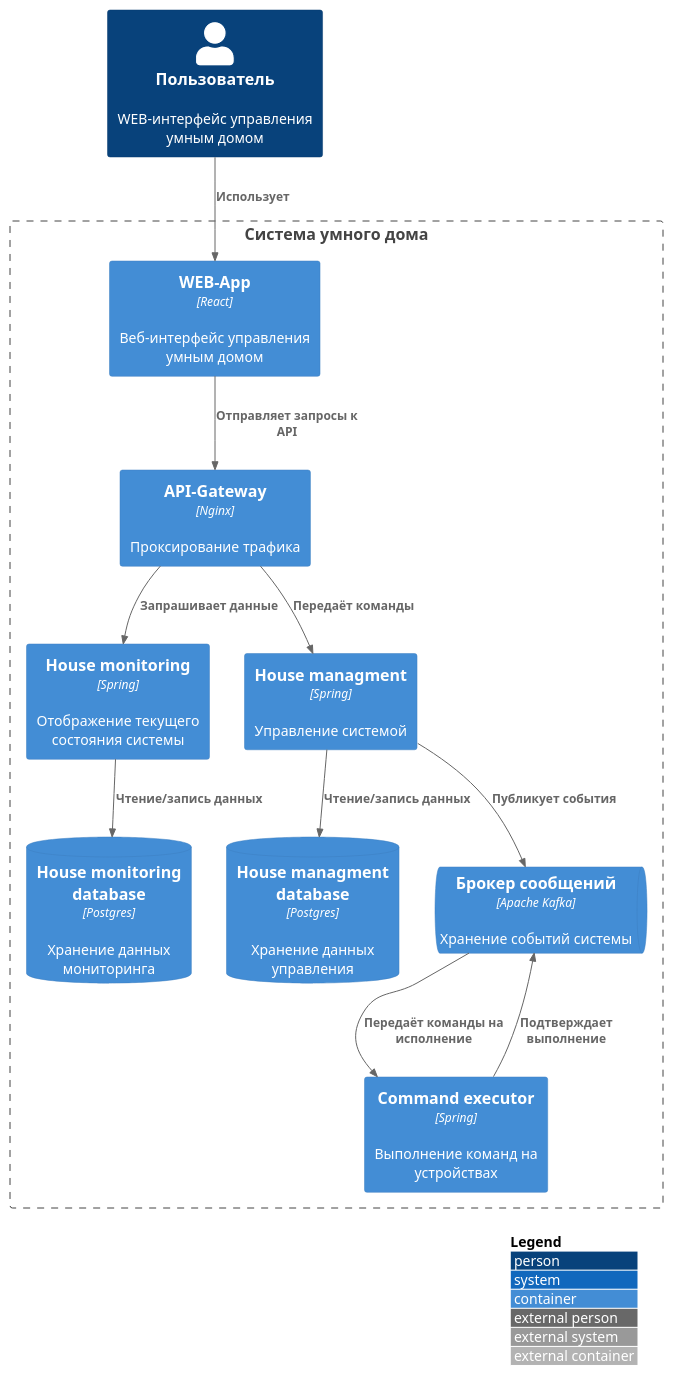
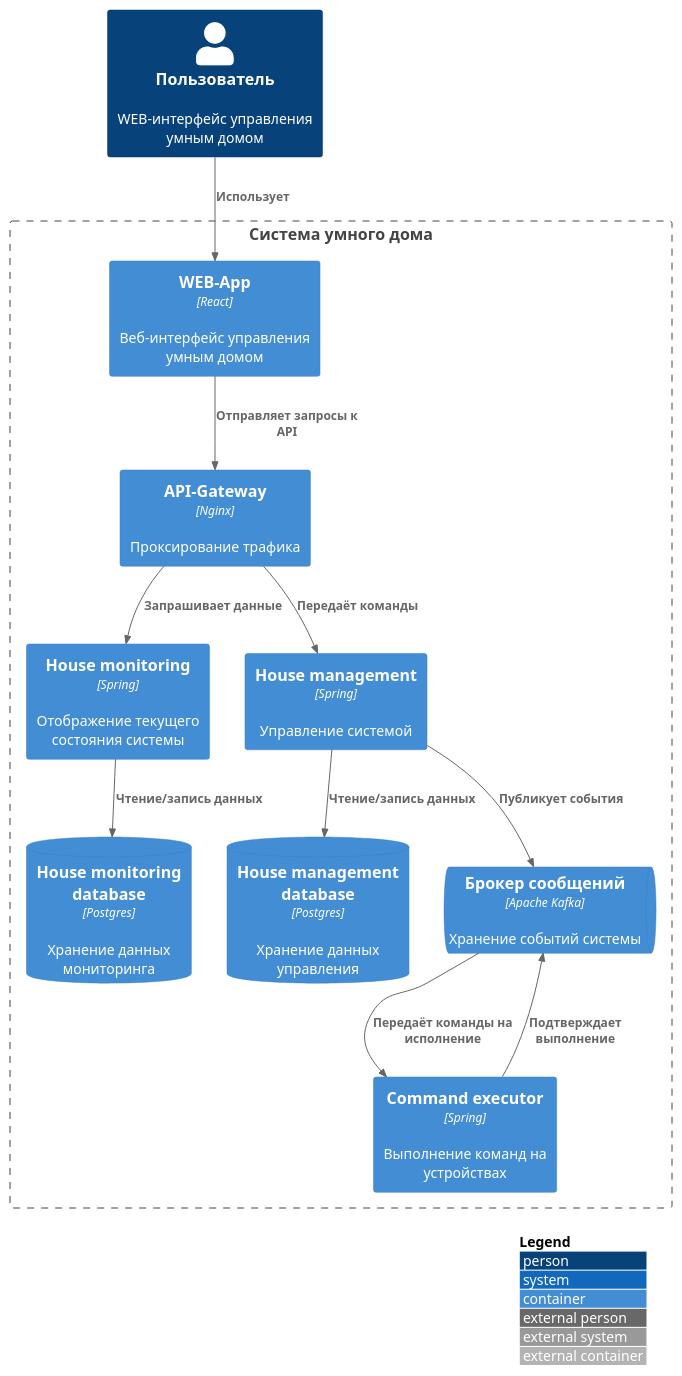
The diagram in docs/c4/_shared/containers/containers.iuml (artyomich/archSprint3), drawn with PlantUML before and after one commit. The commit also changed 6 other files, not shown here.

```diff
--- a/docs/c4/_shared/containers/containers.iuml
+++ b/docs/c4/_shared/containers/containers.iuml
@@ -1,30 +1,30 @@
 @startuml
 !include https://raw.githubusercontent.com/plantuml-stdlib/C4-PlantUML/master/C4_Container.puml
 
 LAYOUT_WITH_LEGEND()
 
 ' Определяем пользователей и систему
 Person(user, "Пользователь", "WEB-интерфейс управления умным домом")
 
 Boundary(house_system, "Система умного дома") {
   Container(web_app, "WEB-App", "React", "Веб-интерфейс управления умным домом")
   Container(api_gateway, "API-Gateway", "Nginx", "Проксирование трафика")
   Container(house_monitoring, "House monitoring", "Spring", "Отображение текущего состояния системы")
   ContainerDb(house_monitoring_database, "House monitoring database", "Postgres", "Хранение данных мониторинга")
-  Container(house_managment, "House managment", "Spring", "Управление системой")
-  ContainerDb(house_managment_database, "House managment database", "Postgres", "Хранение данных управления")
+  Container(house_management, "House management", "Spring", "Управление системой")
+  ContainerDb(house_management_database, "House management database", "Postgres", "Хранение данных управления")
   ContainerQueue(house_event_broker, "Брокер сообщений", "Apache Kafka", "Хранение событий системы")
   Container(command_executor, "Command executor", "Spring", "Выполнение команд на устройствах")
 }
 
 ' Связи
 Rel(user, web_app, "Использует")
 Rel(web_app, api_gateway, "Отправляет запросы к API")
 Rel(api_gateway, house_monitoring, "Запрашивает данные")
-Rel(api_gateway, house_managment, "Передаёт команды")
+Rel(api_gateway, house_management, "Передаёт команды")
 Rel(house_monitoring, house_monitoring_database, "Чтение/запись данных")
-Rel(house_managment, house_managment_database, "Чтение/запись данных")
-Rel(house_managment, house_event_broker, "Публикует события")
+Rel(house_management, house_management_database, "Чтение/запись данных")
+Rel(house_management, house_event_broker, "Публикует события")
 Rel(house_event_broker, command_executor, "Передаёт команды на исполнение")
 Rel(command_executor, house_event_broker, "Подтверждает выполнение")
 @enduml
```
